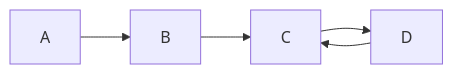
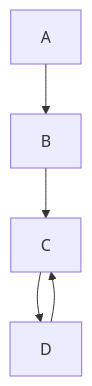
Before and after one commit to DevRepo-AtsushiHasumoto/ncurses_test_project: the first of 2 diagrams in README.md, drawn with Mermaid. The commit also changed other lines of this file, not shown here.

Commit message:
Add test mermaid.

````diff
--- a/README.md
+++ b/README.md
@@ -4,7 +4,7 @@
 ```mermaid
-flowchart LR
+flowchart TD
     A --> B;
     B --> C;
     C --> D;
     D --> C;
 ```
````
